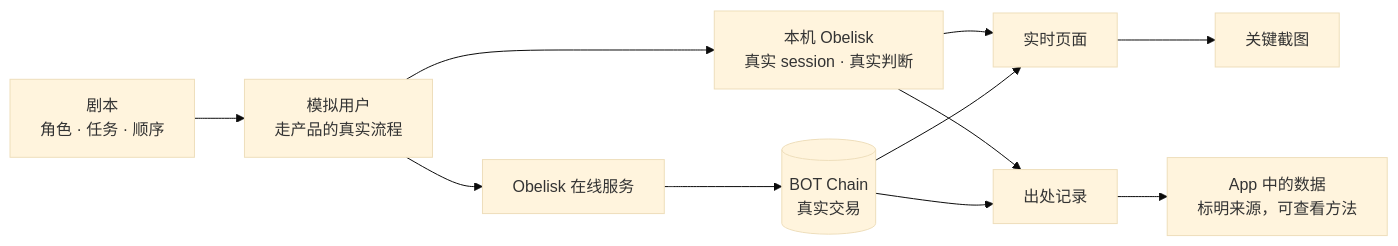
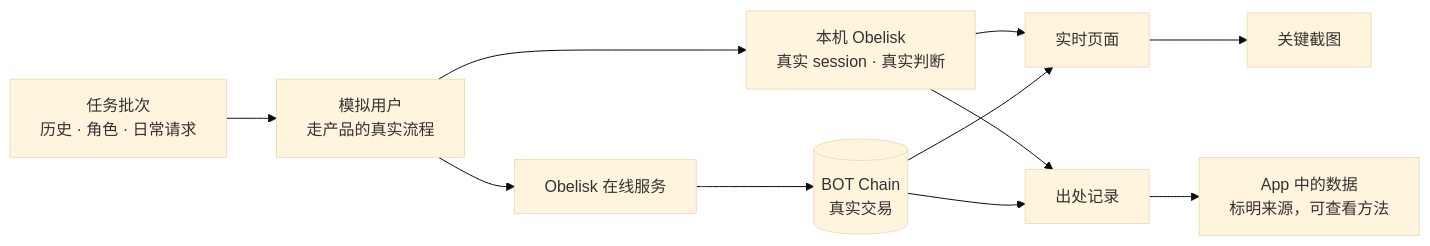
The diagram in docs/vision/09-playground.md (KinomotoMio/obelisk-hackathon), drawn with Mermaid (base theme) before and after one commit. The commit also changed other lines of this file and 8 other files, not shown here.

````diff
--- a/docs/vision/09-playground.md
+++ b/docs/vision/09-playground.md
@@ -32,13 +45,13 @@
 ```mermaid
 flowchart LR
-  S["剧本<br/>角色 · 任务 · 顺序"] --> R["模拟用户<br/>走产品的真实流程"]
+  S["任务批次<br/>历史 · 角色 · 日常请求"] --> R["模拟用户<br/>走产品的真实流程"]
   R --> L["本机 Obelisk<br/>真实 session · 真实判断"]
   R --> O["Obelisk 在线服务"]
   O --> C[("BOT Chain<br/>真实交易")]
   L --> V["实时页面"]
   C --> V
   V --> K["关键截图"]
   L --> P["出处记录"]
   C --> P
   P --> A["App 中的数据<br/>标明来源，可查看方法"]
 ```
````
